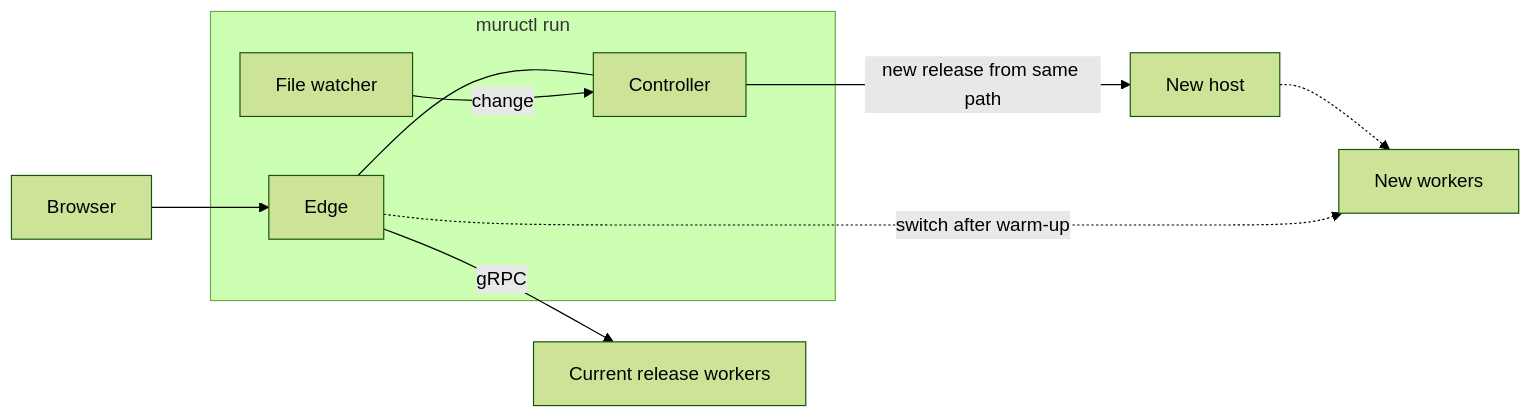
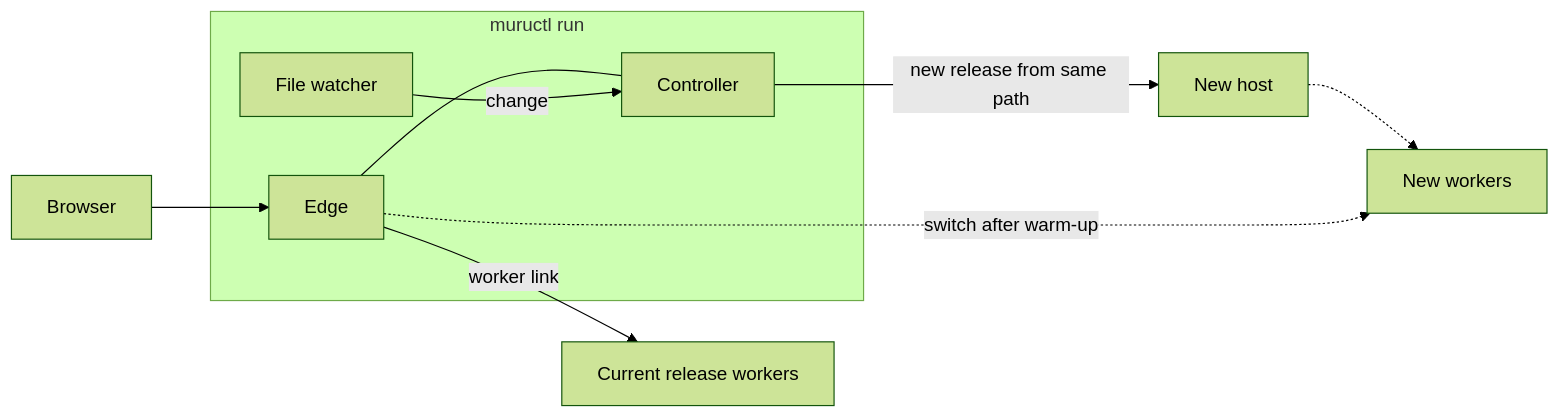
One commit to GrahamDumpleton/muru changed the first of 2 diagrams in docs/project/design/13-operations.md. Above: the diagram before and after it, drawn with Mermaid (forest theme). The commit also changed 59 other files, not shown here.

First line of the commit message:
Phase 0 spike: the framed worker link, WSGI bridge and benchmark harness (#28)

````diff
--- a/docs/project/design/13-operations.md
+++ b/docs/project/design/13-operations.md
@@ -43,12 +43,12 @@
 ```mermaid
 flowchart LR
   B[Browser] --> E
   subgraph P [muructl run]
     E[Edge] --- C[Controller]
     FW[File watcher] -->|change| C
   end
-  E -->|gRPC| W1[Current release workers]
+  E -->|worker link| W1[Current release workers]
   C -->|new release from same path| H2[New host]
   H2 -.-> W2[New workers]
   E -.->|switch after warm-up| W2
 ```
````
